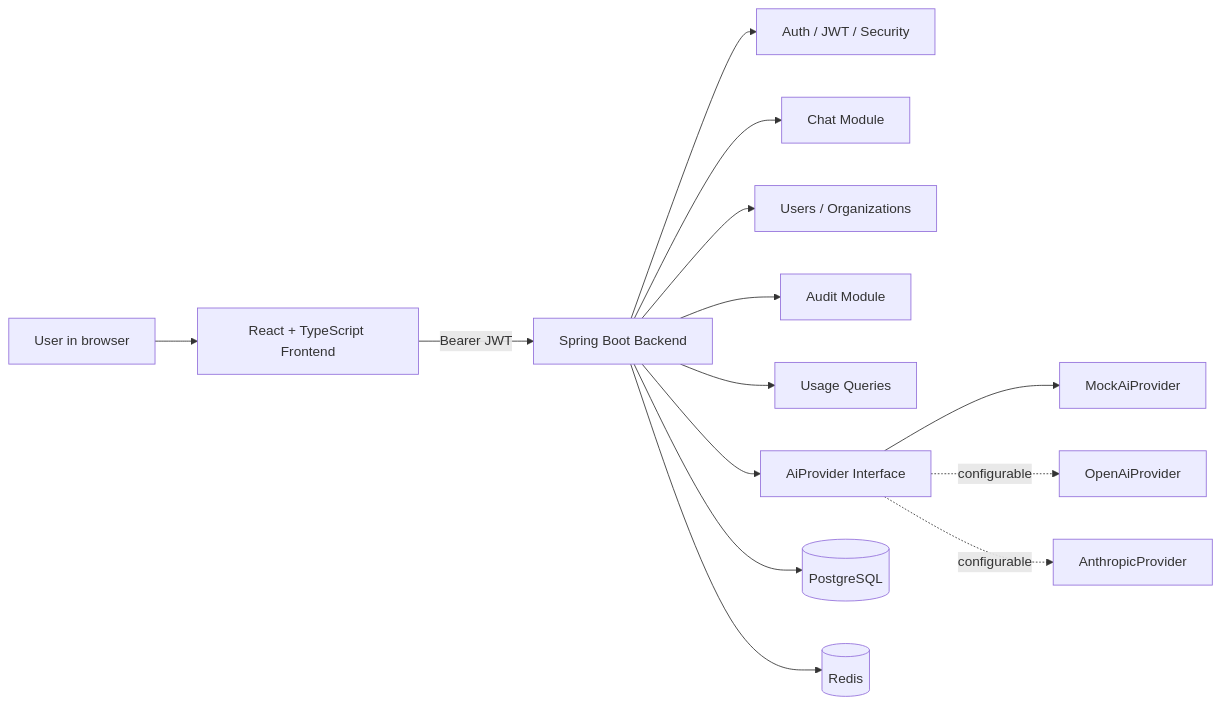
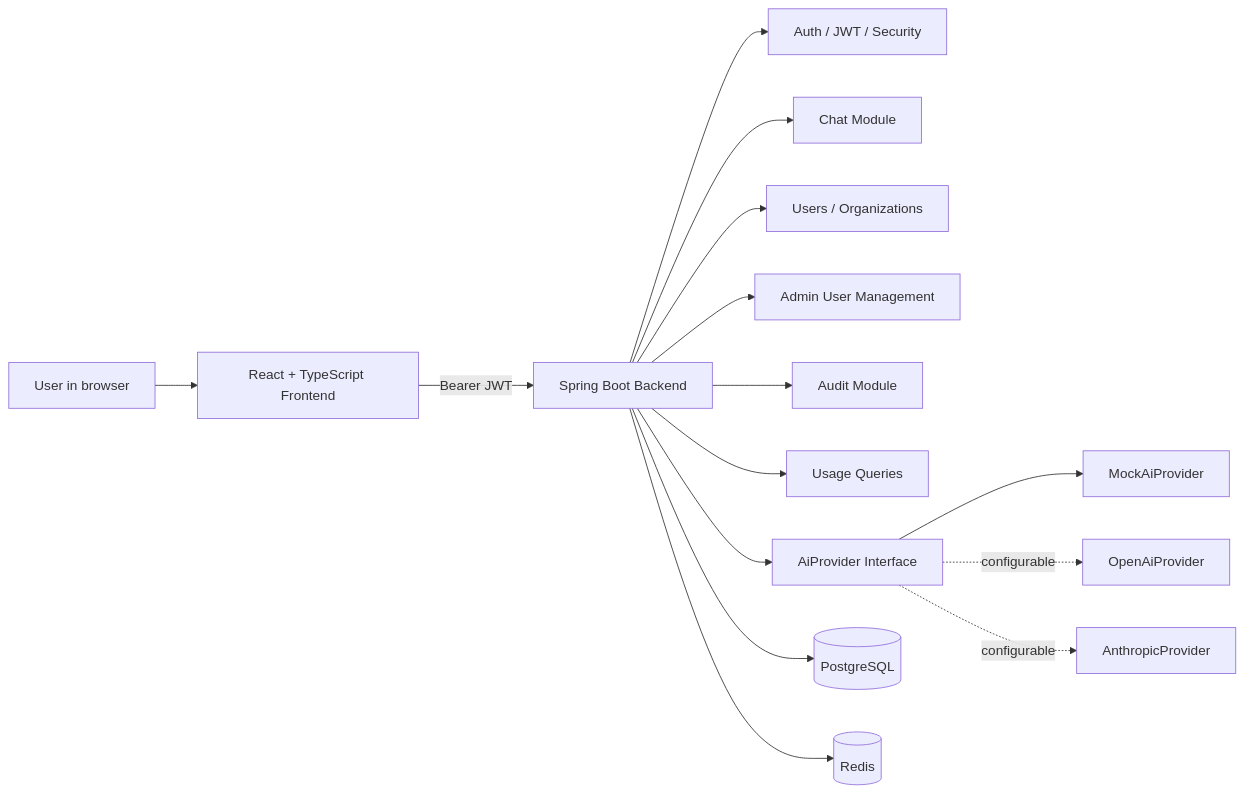
The first of 5 diagrams in docs/12_ROADMAP.md (Amid-1/Safeai-desk), drawn with Mermaid before and after one commit. The commit also changed other lines of this file and 3 other files, not shown here.

````diff
--- a/docs/12_ROADMAP.md
+++ b/docs/12_ROADMAP.md
@@ -327,19 +393,20 @@
 ```mermaid
 flowchart LR
     U[User in browser] --> FE[React + TypeScript Frontend]
     FE -->|Bearer JWT| BE[Spring Boot Backend]
 
     BE --> AUTH[Auth / JWT / Security]
     BE --> CHAT[Chat Module]
     BE --> USERS[Users / Organizations]
+    BE --> USERMGMT[Admin User Management]
     BE --> AUDIT[Audit Module]
     BE --> USAGE[Usage Queries]
     BE --> AI[AiProvider Interface]
 
     AI --> MOCK[MockAiProvider]
     AI -. configurable .-> OPENAI[OpenAiProvider]
     AI -. configurable .-> ANTHROPIC[AnthropicProvider]
 
     BE --> PG[(PostgreSQL)]
     BE --> REDIS[(Redis)]
 ```
````
